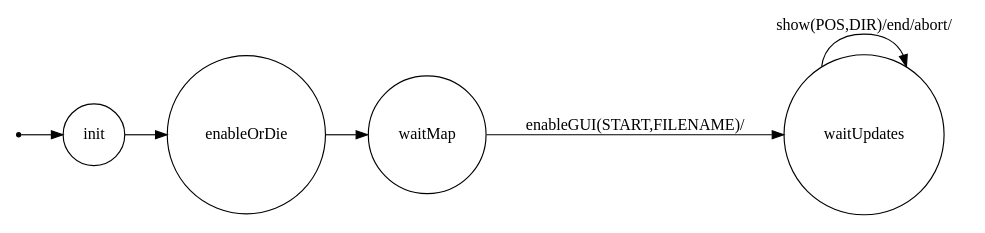
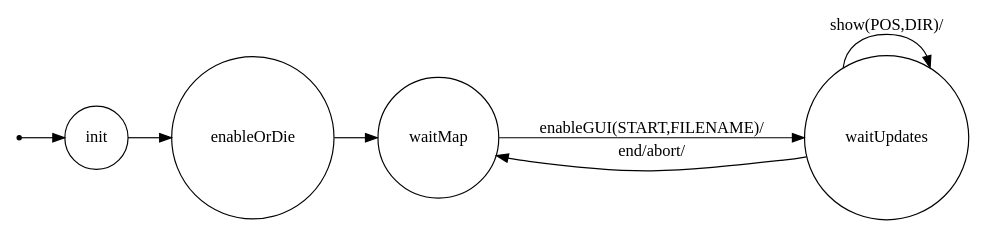
One commit to dariopasquali/IOT_Planning changed the diagram in SCOUT PROJECT 2017/it.unibo.iot.pasquali.scout.Robot/srcMore/it/unibo/guimanager/dotFsm.gv. Above: the diagram before and after it, drawn with Graphviz. The commit also changed 41 other files, not shown here.

```diff
--- a/SCOUT PROJECT 2017/it.unibo.iot.pasquali.scout.Robot/srcMore/it/unibo/guimanager/dotFsm.gv
+++ b/SCOUT PROJECT 2017/it.unibo.iot.pasquali.scout.Robot/srcMore/it/unibo/guimanager/dotFsm.gv
@@ -1,26 +1,27 @@
 /*
 *
 * A GraphViz DOT FSM description 
 * Please use a GraphViz visualizer (like http://www.webgraphviz.com)
 * 
 * Generated by AM,NC,RM
 *  
 */
  
 digraph finite_state_machine {
   	rankdir=LR;
   	size="8,5"
   	node [shape = point]; iniziale;
   	node [shape = doublecircle]; 
   	node [shape = circle];
   	iniziale -> init [label = ""];
   	
   	
   	init -> enableOrDie [ label = ""];
   	
   	enableOrDie -> waitMap [ label = ""];
   	
   	waitMap -> waitUpdates [ label = "enableGUI(START,FILENAME)/"];
   	
-  	waitUpdates -> waitUpdates [ label = "show(POS,DIR)/end/abort/"];
+  	waitUpdates -> waitUpdates [ label = "show(POS,DIR)/"];
+  	waitUpdates -> waitMap [ label = "end/abort/"];
 }
```
